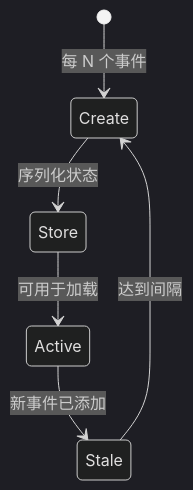
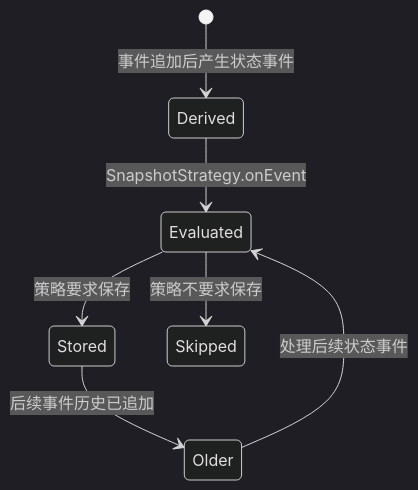
One commit to Ahoo-Wang/Wow changed the second of 3 diagrams in documentation/docs/zh/guide/snapshot.md. Above: the diagram before and after it, drawn with Mermaid (dark theme). The commit also changed other lines of this file and 166 other files, not shown here.

````diff
--- a/documentation/docs/zh/guide/snapshot.md
+++ b/documentation/docs/zh/guide/snapshot.md
@@ -103,8 +79,9 @@
 ```mermaid
 stateDiagram-v2
-    [*] --> Create: 每 N 个事件
-    Create --> Store: 序列化状态
-    Store --> Active: 可用于加载
-    Active --> Stale: 新事件已添加
-    Stale --> Create: 达到间隔
+    [*] --> Derived: 事件追加后产生状态事件
+    Derived --> Evaluated: SnapshotStrategy.onEvent
+    Evaluated --> Stored: 策略要求保存
+    Evaluated --> Skipped: 策略不要求保存
+    Stored --> Older: 后续事件历史已追加
+    Older --> Evaluated: 处理后续状态事件
 ```
````
